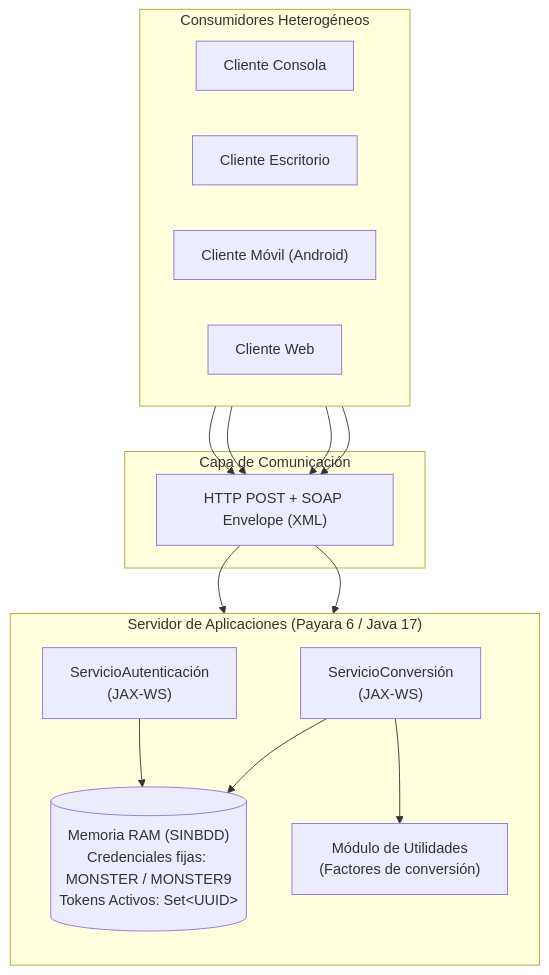
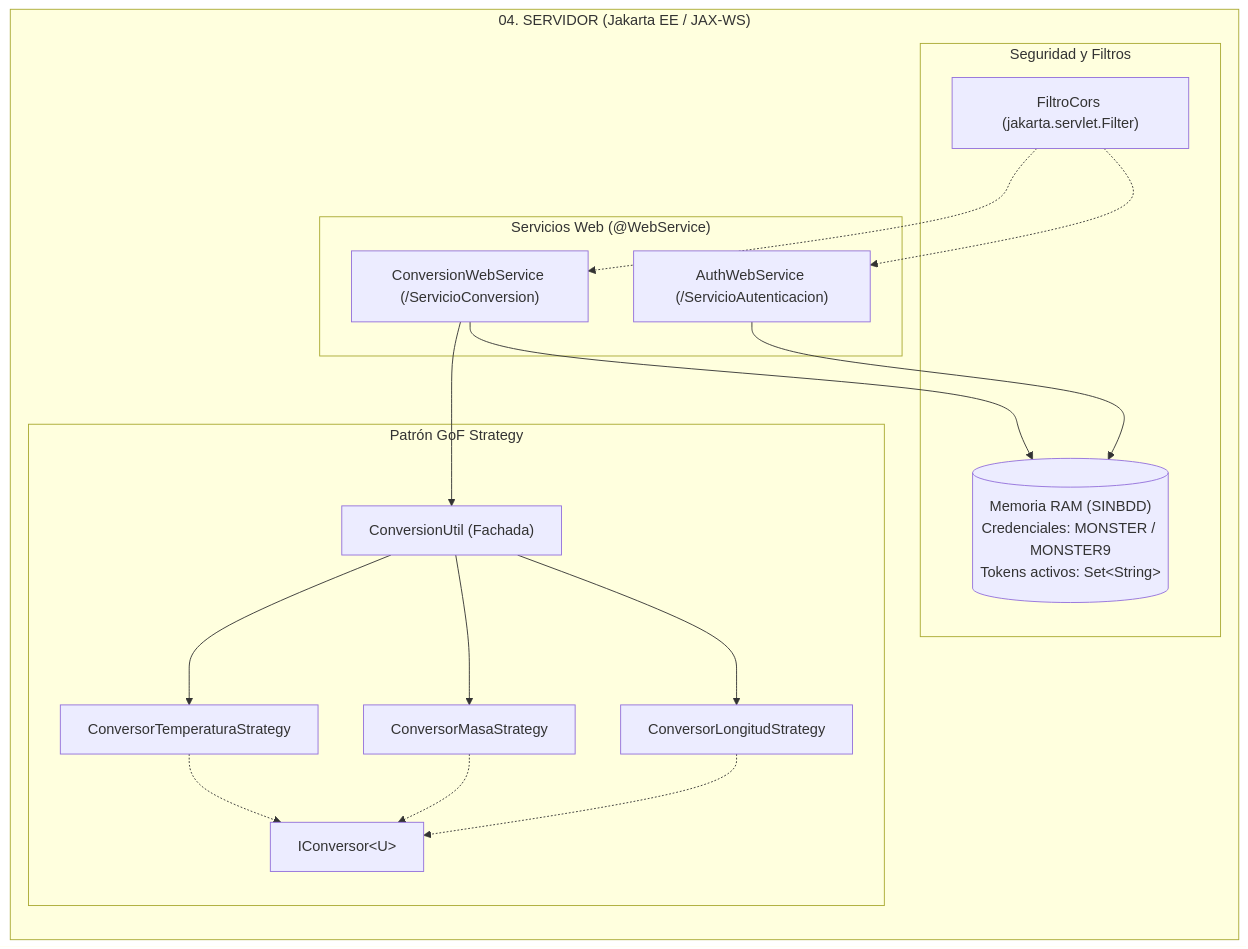
One commit to JulioViche/u1-sw-arch changed the diagram in vault/06-projects/ti-1-1-soap-java/technical-manual.md. Above: the diagram before and after it, drawn with Mermaid. The commit also changed other lines of this file and 6 other files, not shown here.

````diff
--- a/vault/06-projects/ti-1-1-soap-java/technical-manual.md
+++ b/vault/06-projects/ti-1-1-soap-java/technical-manual.md
@@ -40,33 +82,33 @@
 ```mermaid
-flowchart TB
-    subgraph Clientes ["Consumidores Heterogéneos"]
-        direction LR
-        CLI_CON["Cliente Consola"]
-        CLI_ESC["Cliente Escritorio"]
-        CLI_MOV["Cliente Móvil (Android)"]
-        CLI_WEB["Cliente Web"]
+flowchart TD
+    subgraph ServidorSOAP ["04. SERVIDOR (Jakarta EE / JAX-WS)"]
+        direction TB
+        subgraph WebServices ["Servicios Web (@WebService)"]
+            WS_AUTH["AuthWebService (/ServicioAutenticacion)"]
+            WS_CONV["ConversionWebService (/ServicioConversion)"]
+        end
+        subgraph Seguridad ["Seguridad y Filtros"]
+            FC["FiltroCors (jakarta.servlet.Filter)"]
+            MEM[("Memoria RAM (SINBDD)<br/>Credenciales: MONSTER / MONSTER9<br/>Tokens activos: Set&lt;String&gt;")]
+        end
+        subgraph DominioStrategy ["Patrón GoF Strategy"]
+            ICONV["IConversor&lt;U&gt;"]
+            STR_LON["ConversorLongitudStrategy"]
+            STR_MAS["ConversorMasaStrategy"]
+            STR_TEM["ConversorTemperaturaStrategy"]
+            FACADE["ConversionUtil (Fachada)"]
+        end
     end
 
-    subgraph Red ["Capa de Comunicación"]
-        SOAP_REQ["HTTP POST + SOAP Envelope (XML)"]
-    end
-
-    subgraph Servidor ["Servidor de Aplicaciones (Payara 6 / Java 17)"]
-        direction TB
-        WS_AUTH["ServicioAutenticación<br/>(JAX-WS)"]
-        WS_CONV["ServicioConversión<br/>(JAX-WS)"]
-        UTIL["Módulo de Utilidades<br/>(Factores de conversión)"]
-        MEM[("Memoria RAM (SINBDD)<br/>Credenciales fijas: MONSTER / MONSTER9<br/>Tokens Activos: Set&lt;UUID&gt;")]
-    end
-
-    CLI_CON --> SOAP_REQ
-    CLI_ESC --> SOAP_REQ
-    CLI_MOV --> SOAP_REQ
-    CLI_WEB --> SOAP_REQ
-
-    SOAP_REQ --> WS_AUTH
-    SOAP_REQ --> WS_CONV
     WS_AUTH --> MEM
     WS_CONV --> MEM
-    WS_CONV --> UTIL
+    WS_CONV --> FACADE
+    FACADE --> STR_LON
+    FACADE --> STR_MAS
+    FACADE --> STR_TEM
+    STR_LON -.-> ICONV
+    STR_MAS -.-> ICONV
+    STR_TEM -.-> ICONV
+    FC -.-> WS_AUTH
+    FC -.-> WS_CONV
 ```
````
